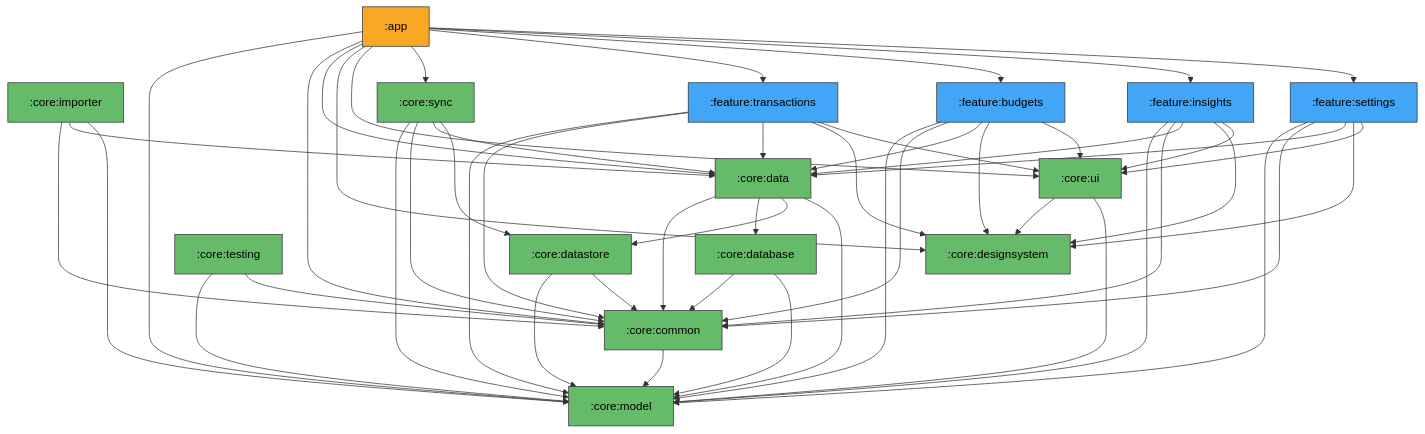
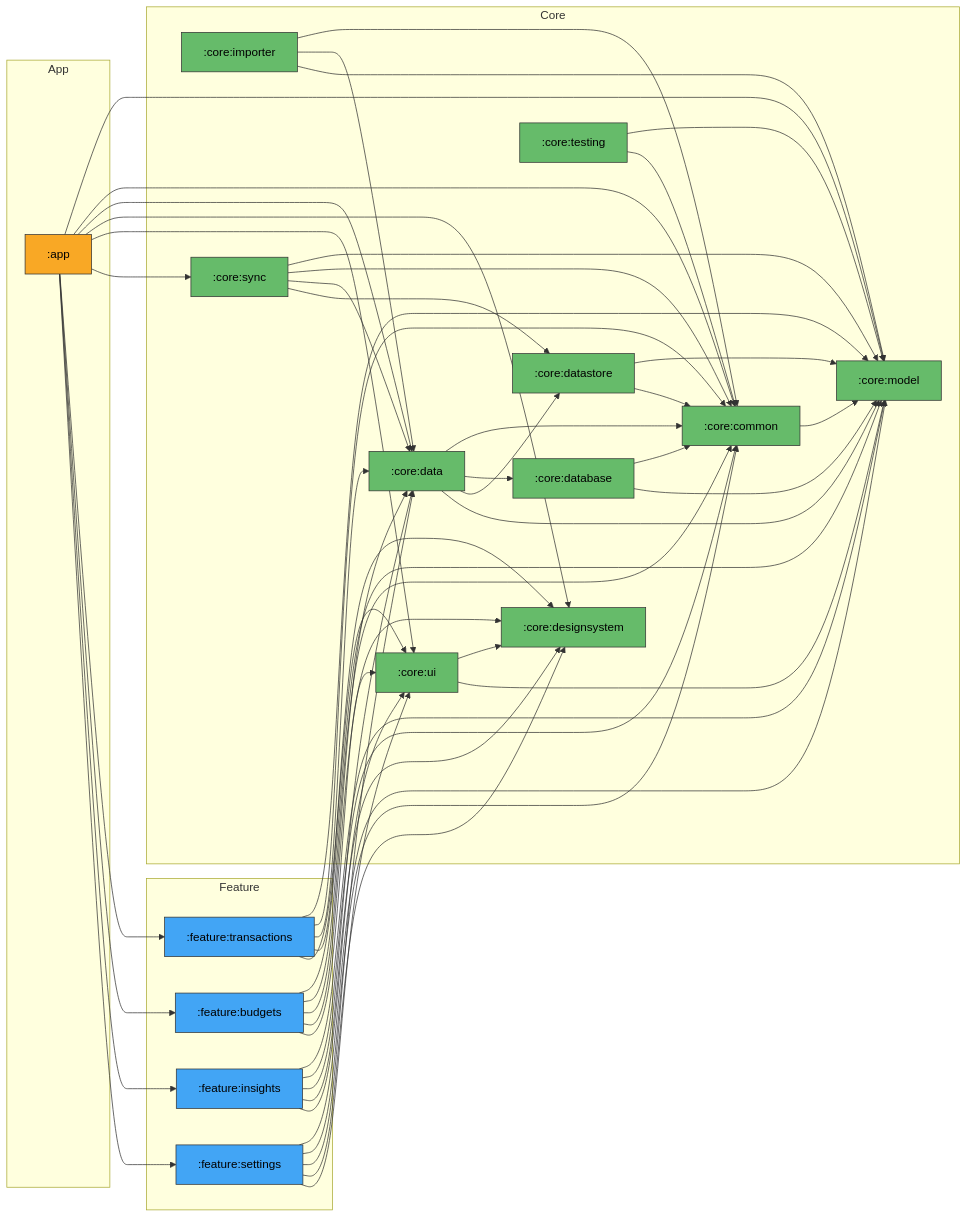
The diagram in README.md (CharanjeevSingh1/bahi), drawn with Mermaid before and after one commit. The commit also changed 1 other file, not shown here.

Commit message:
docs: group module graph by tier for readability

````diff
--- a/README.md
+++ b/README.md
@@ -26,73 +26,79 @@
 ```mermaid
-graph TD
-    app[":app"]:::app
-    core_common[":core:common"]:::core
-    core_data[":core:data"]:::core
-    core_database[":core:database"]:::core
-    core_datastore[":core:datastore"]:::core
-    core_designsystem[":core:designsystem"]:::core
-    core_importer[":core:importer"]:::core
-    core_model[":core:model"]:::core
-    core_sync[":core:sync"]:::core
-    core_testing[":core:testing"]:::core
-    core_ui[":core:ui"]:::core
-    feature_budgets[":feature:budgets"]:::feature
-    feature_insights[":feature:insights"]:::feature
-    feature_settings[":feature:settings"]:::feature
-    feature_transactions[":feature:transactions"]:::feature
+graph LR
+    subgraph tier_app[App]
+        app[":app"]:::app
+    end
+    subgraph tier_feature[Feature]
+        feature_budgets[":feature:budgets"]:::feature
+        feature_insights[":feature:insights"]:::feature
+        feature_settings[":feature:settings"]:::feature
+        feature_transactions[":feature:transactions"]:::feature
+    end
+    subgraph tier_core[Core]
+        core_common[":core:common"]:::core
+        core_data[":core:data"]:::core
+        core_database[":core:database"]:::core
+        core_datastore[":core:datastore"]:::core
+        core_designsystem[":core:designsystem"]:::core
+        core_importer[":core:importer"]:::core
+        core_model[":core:model"]:::core
+        core_sync[":core:sync"]:::core
+        core_testing[":core:testing"]:::core
+        core_ui[":core:ui"]:::core
+    end
 
     app --> core_model
     app --> core_common
     app --> core_data
     app --> core_designsystem
     app --> core_ui
     app --> core_sync
     app --> feature_transactions
     app --> feature_budgets
     app --> feature_insights
     app --> feature_settings
     core_common --> core_model
     core_data --> core_common
     core_data --> core_database
     core_data --> core_datastore
     core_data --> core_model
     core_database --> core_common
     core_database --> core_model
     core_datastore --> core_model
     core_datastore --> core_common
     core_importer --> core_common
     core_importer --> core_data
     core_importer --> core_model
     core_sync --> core_model
     core_sync --> core_common
     core_sync --> core_data
     core_sync --> core_datastore
     core_testing --> core_model
     core_testing --> core_common
     core_ui --> core_designsystem
     core_ui --> core_model
     feature_budgets --> core_model
     feature_budgets --> core_common
     feature_budgets --> core_data
     feature_budgets --> core_designsystem
     feature_budgets --> core_ui
     feature_insights --> core_model
     feature_insights --> core_common
     feature_insights --> core_data
     feature_insights --> core_designsystem
     feature_insights --> core_ui
     feature_settings --> core_model
     feature_settings --> core_common
     feature_settings --> core_data
     feature_settings --> core_designsystem
     feature_settings --> core_ui
     feature_transactions --> core_model
     feature_transactions --> core_common
     feature_transactions --> core_data
     feature_transactions --> core_designsystem
     feature_transactions --> core_ui
 
     classDef app fill:#f9a825,stroke:#333,color:#000
     classDef feature fill:#42a5f5,stroke:#333,color:#000
     classDef core fill:#66bb6a,stroke:#333,color:#000
 ```
````
